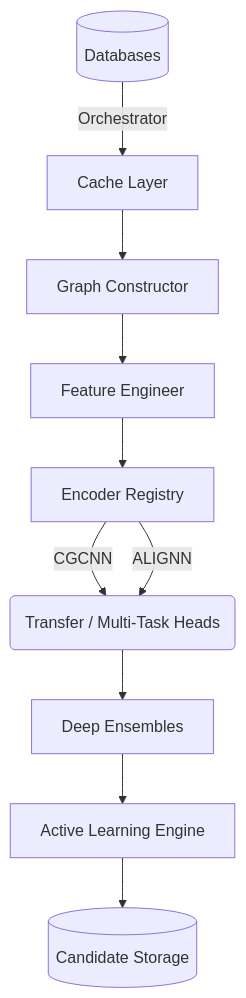
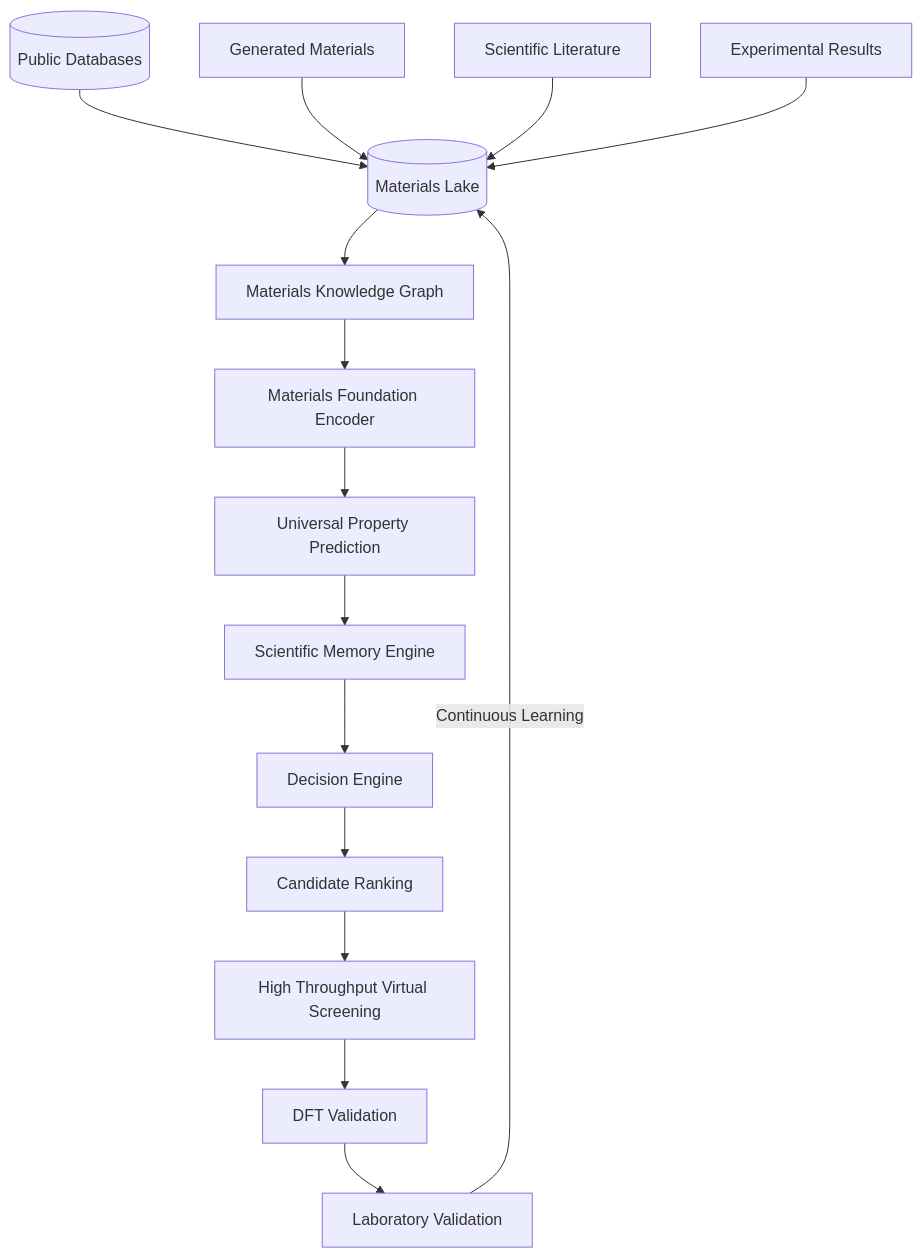
Before and after one commit to RYuK006/Q-MATIS: the diagram in docs/ARCHITECTURE.md, drawn with Mermaid. The commit also changed other lines of this file and 43 other files, not shown here.

Commit message:
docs: redefine Q-MATIS as a universal materials intelligence platform and scientific memory engine

````diff
--- a/docs/ARCHITECTURE.md
+++ b/docs/ARCHITECTURE.md
@@ -5,12 +5,18 @@
 ```mermaid
 graph TD
-    A[(Databases)] -->|Orchestrator| B[Cache Layer]
-    B --> C[Graph Constructor]
-    C --> D[Feature Engineer]
-    D --> E[Encoder Registry]
-    E -->|CGCNN| F(Transfer / Multi-Task Heads)
-    E -->|ALIGNN| F
-    F --> G[Deep Ensembles]
-    G --> H[Active Learning Engine]
-    H --> I[(Candidate Storage)]
+    A[(Public Databases)] --> ML[(Materials Lake)]
+    A2[Generated Materials] --> ML
+    A3[Scientific Literature] --> ML
+    A4[Experimental Results] --> ML
+
+    ML --> MKG[Materials Knowledge Graph]
+    MKG --> MFE[Materials Foundation Encoder]
+    MFE --> UPP[Universal Property Prediction]
+    UPP --> SME[Scientific Memory Engine]
+    SME --> DE[Decision Engine]
+    DE --> CR[Candidate Ranking]
+    CR --> HTVS[High Throughput Virtual Screening]
+    HTVS --> DFT[DFT Validation]
+    DFT --> LV[Laboratory Validation]
+    LV -->|Continuous Learning| ML
 ```
````
